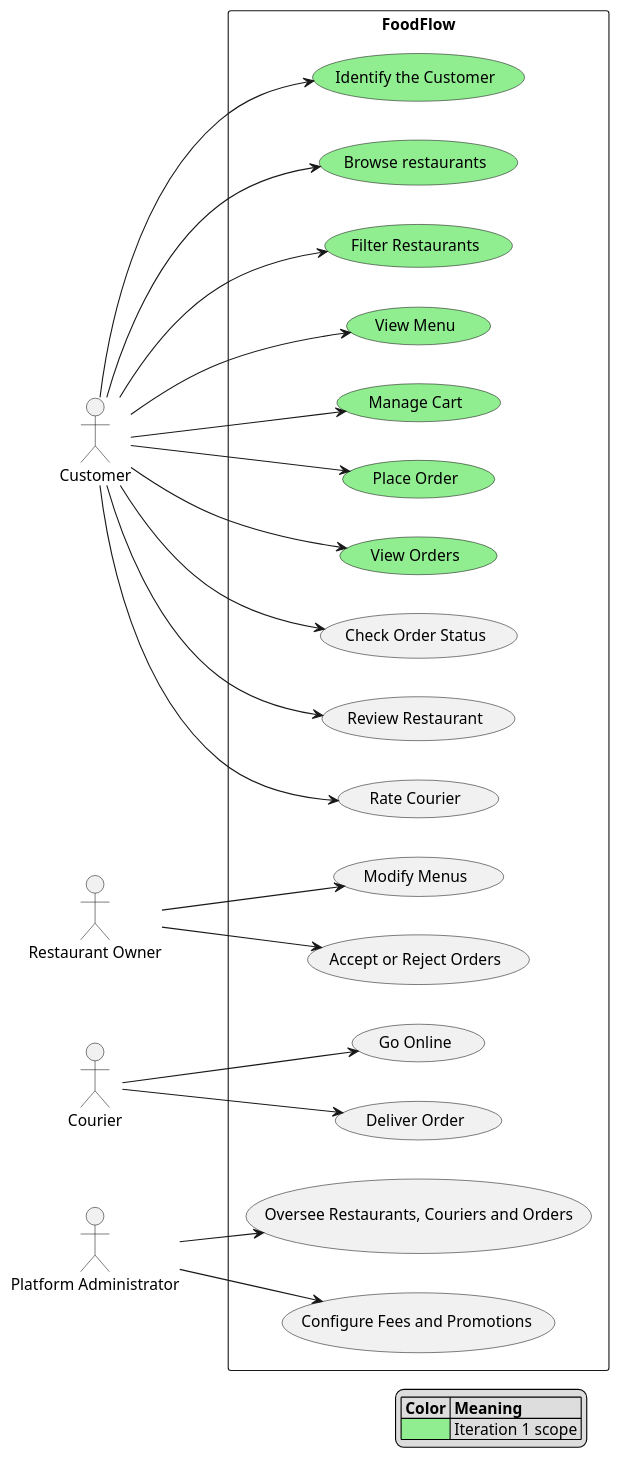
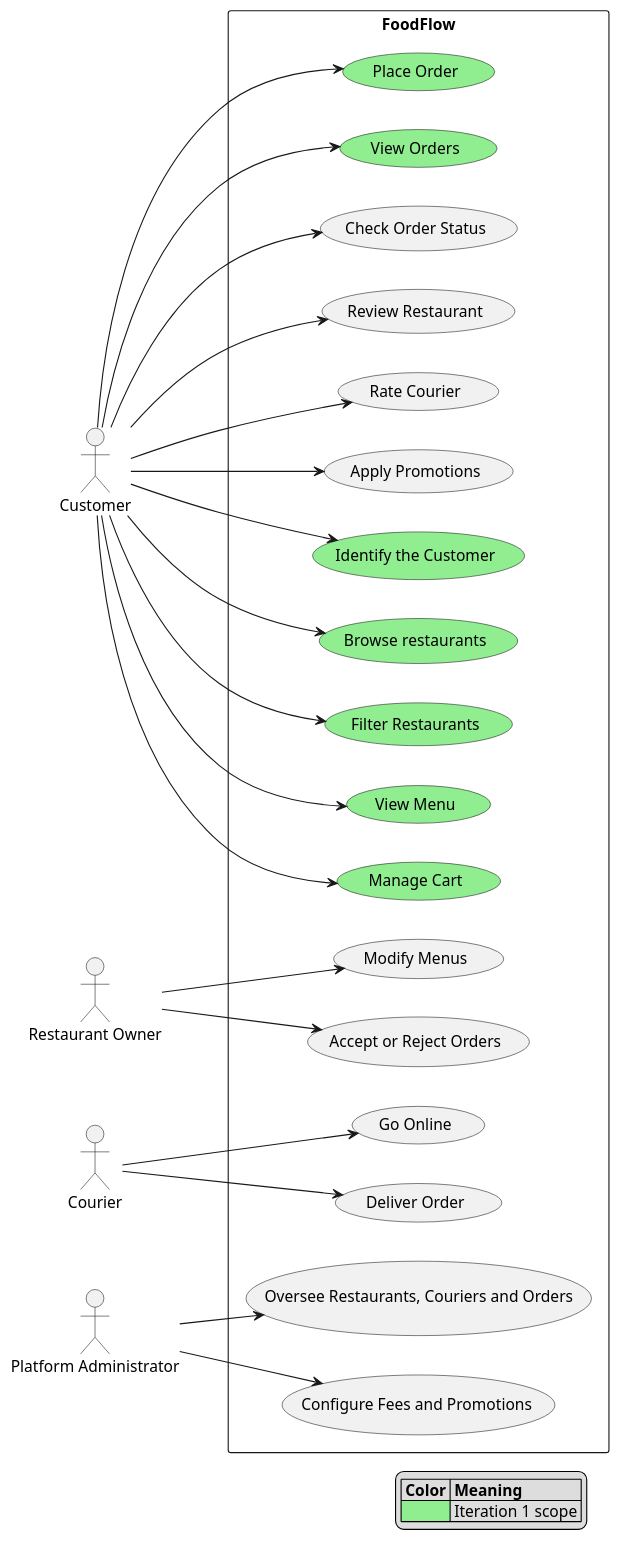
The diagram in docs/diagrams/use-cases.puml (oop-group4-marmara/CSE3063F26-foodflow-team4), drawn with PlantUML before and after one commit.

Commit message:
Add apply promotions use case to the uml diagram

```diff
--- a/docs/diagrams/use-cases.puml
+++ b/docs/diagrams/use-cases.puml
@@ -1,52 +1,54 @@
 @startuml
 left to right direction
 
 actor Customer
 actor "Restaurant Owner" as Owner
 actor Courier
 actor "Platform Administrator" as Admin
 
 rectangle FoodFlow {
     usecase "Identify the Customer" as UC1 #LightGreen
     usecase "Browse restaurants" as UC2 #LightGreen
     usecase "Filter Restaurants" as UC3 #LightGreen
     usecase "View Menu" as UC4 #LightGreen
     usecase "Manage Cart" as UC5 #LightGreen
     usecase "Place Order" as UC6 #LightGreen
     usecase "View Orders" as UC7 #LightGreen
     usecase "Check Order Status" as UC8
     usecase "Review Restaurant" as UC9
     usecase "Rate Courier" as UC10
     usecase "Modify Menus" as UC11
     usecase "Accept or Reject Orders" as UC12
     usecase "Go Online" as UC13
     usecase "Deliver Order" as UC14
     usecase "Oversee Restaurants, Couriers and Orders" as UC15
     usecase "Configure Fees and Promotions" as UC16
+    usecase "Apply Promotions" as UC17
 }
 Customer --> UC1
 Customer --> UC2
 Customer --> UC3
 Customer --> UC4
 Customer --> UC5
 Customer --> UC6
 Customer --> UC7
 Customer --> UC8
 Customer --> UC9
 Customer --> UC10
+Customer --> UC17
 
 Owner --> UC11
 Owner --> UC12
 
 Courier --> UC13
 Courier --> UC14
 
 Admin --> UC15
 Admin --> UC16
 
 legend right
     |= Color |= Meaning |
     |<#LightGreen> | Iteration 1 scope |
 endlegend
 
 @enduml
```
